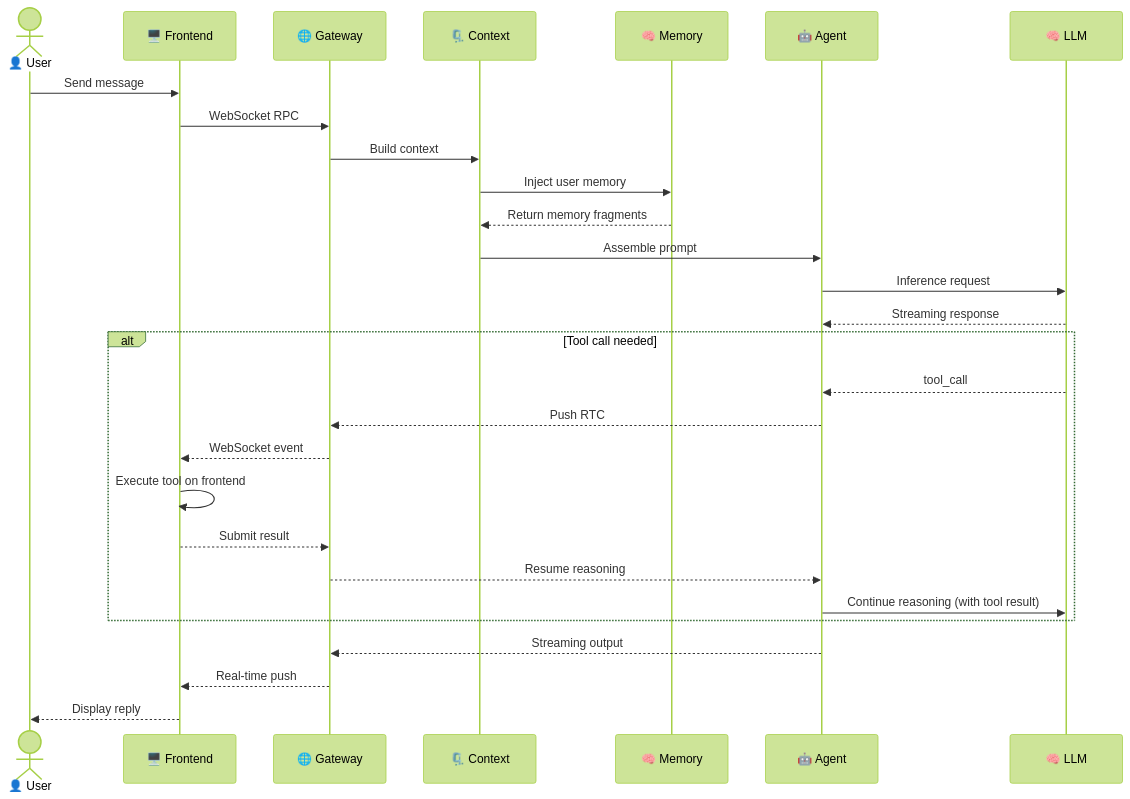
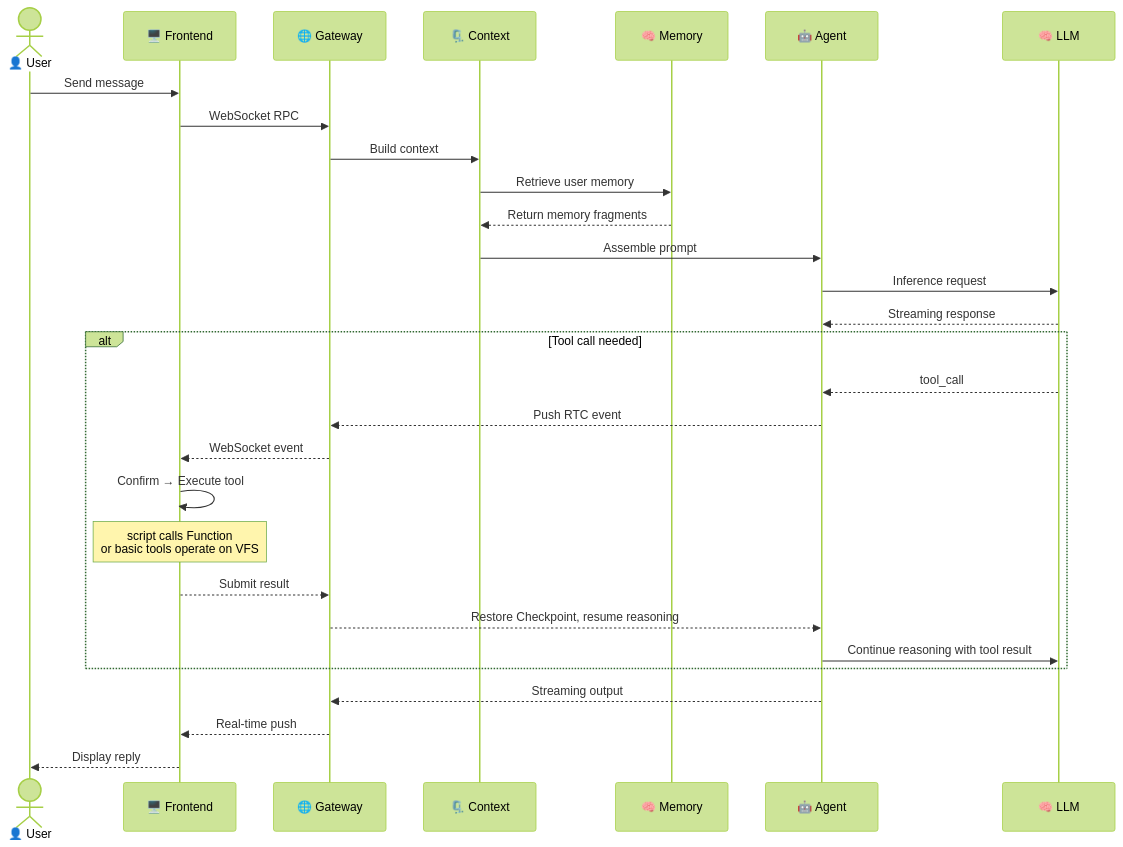
One commit to rtc-agent/docs changed the second of 3 diagrams in src/content/docs/en/architecture/index.md. Above: the diagram before and after it, drawn with Mermaid (forest theme). The commit also changed other lines of this file and 60 other files, not shown here.

First line of the commit message:
docs(site): refresh documentation with new sections and improved diagrams

````diff
--- a/src/content/docs/en/architecture/index.md
+++ b/src/content/docs/en/architecture/index.md
@@ -83,33 +74,34 @@
 ```mermaid
 sequenceDiagram
     actor User as 👤 User
     participant FE as 🖥️ Frontend
     participant GW as 🌐 Gateway
     participant CTX as 🗜️ Context
     participant MEM as 🧠 Memory
     participant AGENT as 🤖 Agent
     participant LLM as 🧠 LLM
 
     User->>FE: Send message
     FE->>GW: WebSocket RPC
     GW->>CTX: Build context
-    CTX->>MEM: Inject user memory
+    CTX->>MEM: Retrieve user memory
     MEM-->>CTX: Return memory fragments
     CTX->>AGENT: Assemble prompt
     AGENT->>LLM: Inference request
     LLM-->>AGENT: Streaming response
 
     alt Tool call needed
         LLM-->>AGENT: tool_call
-        AGENT-->>GW: Push RTC
+        AGENT-->>GW: Push RTC event
         GW-->>FE: WebSocket event
-        FE->>FE: Execute tool on frontend
+        FE->>FE: Confirm → Execute tool
+        Note over FE: script calls Function<br/>or basic tools operate on VFS
         FE-->>GW: Submit result
-        GW-->>AGENT: Resume reasoning
-        AGENT->>LLM: Continue reasoning (with tool result)
+        GW-->>AGENT: Restore Checkpoint, resume reasoning
+        AGENT->>LLM: Continue reasoning with tool result
     end
 
     AGENT-->>GW: Streaming output
     GW-->>FE: Real-time push
     FE-->>User: Display reply
 ```
````
